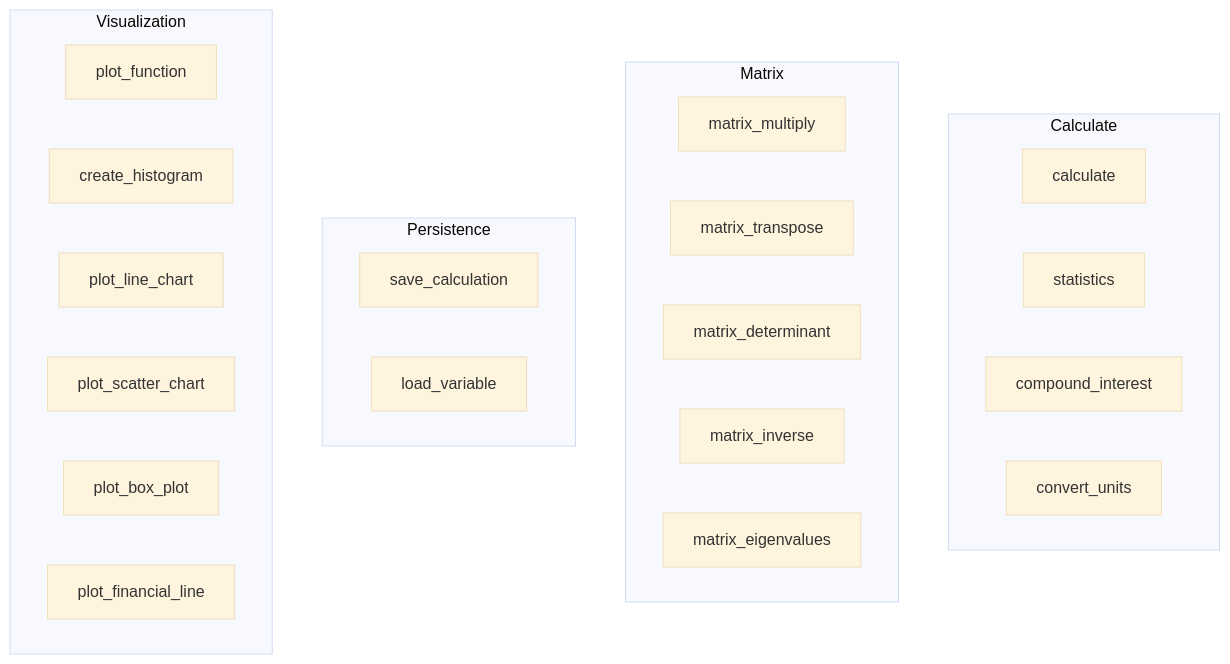
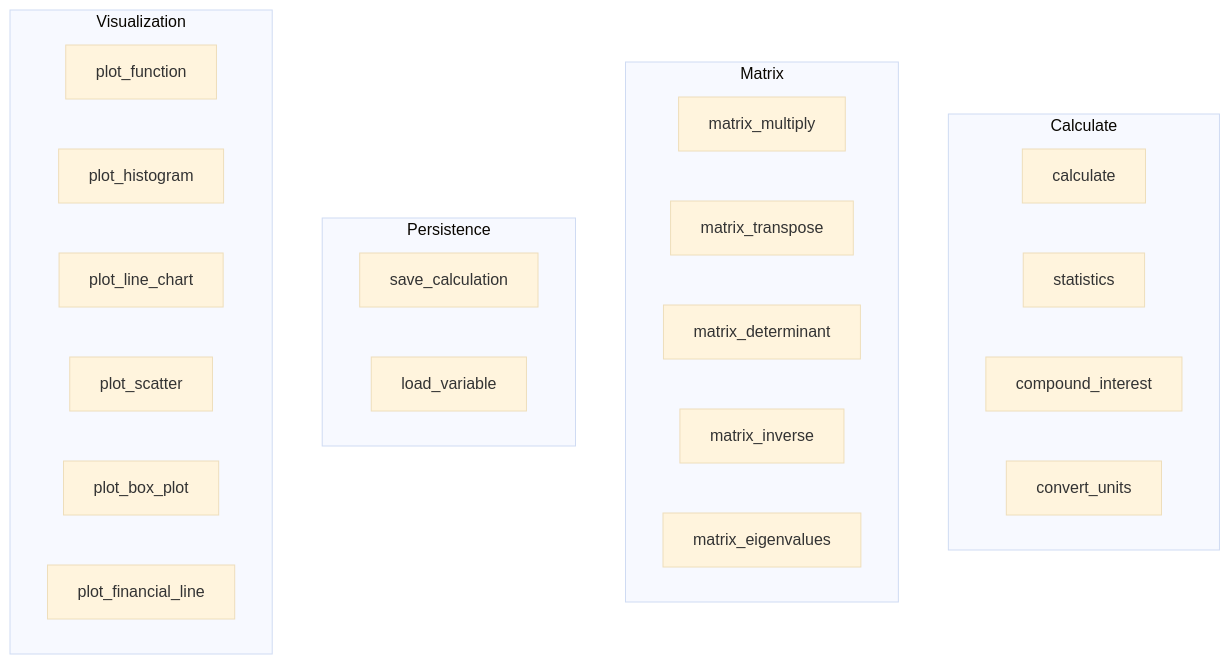
Before and after one commit to clouatre-labs/math-mcp-learning-server: the second of 4 diagrams in docs/ARCHITECTURE.md, drawn with Mermaid (base theme). The commit also changed 3 other files, not shown here.

````diff
--- a/docs/ARCHITECTURE.md
+++ b/docs/ARCHITECTURE.md
@@ -24,31 +24,31 @@
 ```mermaid
 graph TD
     subgraph Calc["Calculate"]
         C1["calculate"]
         C2["statistics"]
         C3["compound_interest"]
         C4["convert_units"]
     end
 
     subgraph Matrix["Matrix"]
         M1["matrix_multiply"]
         M2["matrix_transpose"]
         M3["matrix_determinant"]
         M4["matrix_inverse"]
         M5["matrix_eigenvalues"]
     end
 
     subgraph Persist["Persistence"]
         P1["save_calculation"]
         P2["load_variable"]
     end
 
     subgraph Viz["Visualization"]
         V1["plot_function"]
-        V2["create_histogram"]
+        V2["plot_histogram"]
         V3["plot_line_chart"]
-        V4["plot_scatter_chart"]
+        V4["plot_scatter"]
         V5["plot_box_plot"]
         V6["plot_financial_line"]
     end
 ```
````
